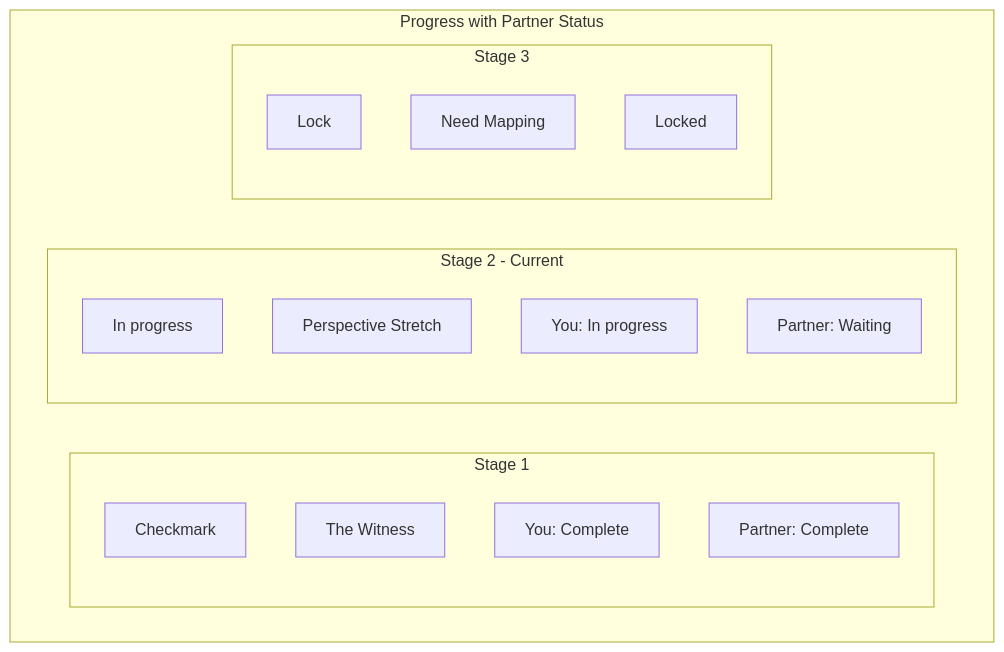
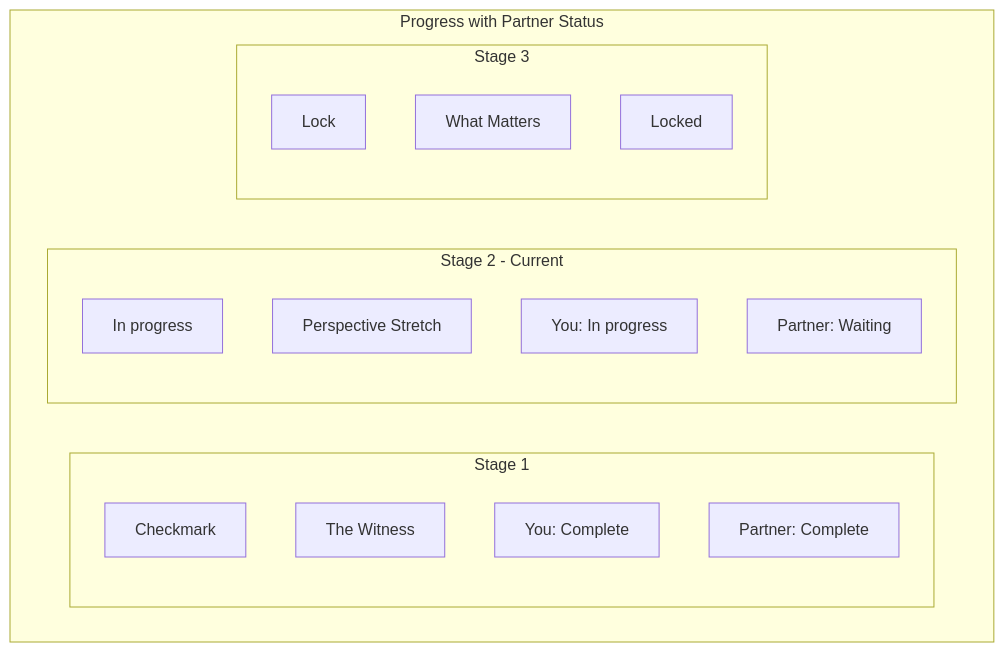
One commit to shantamg/meet-without-fear changed the second of 14 diagrams in docs/mobile/wireframes/stage-controls.md. Above: the diagram before and after it, drawn with Mermaid. The commit also changed other lines of this file and 21 other files, not shown here.

First line of the commit message:
docs: align stage docs with Darryl's authoritative gold flow

````diff
--- a/docs/mobile/wireframes/stage-controls.md
+++ b/docs/mobile/wireframes/stage-controls.md
@@ -38,24 +38,24 @@
 ```mermaid
 flowchart TB
     subgraph DetailedProgress[Progress with Partner Status]
         subgraph Stage1Box[Stage 1]
             S1Icon[Checkmark]
             S1Label[The Witness]
             S1You[You: Complete]
             S1Partner[Partner: Complete]
         end
 
         subgraph Stage2Box[Stage 2 - Current]
             S2Icon[In progress]
             S2Label[Perspective Stretch]
             S2You[You: In progress]
             S2Partner[Partner: Waiting]
         end
 
         subgraph Stage3Box[Stage 3]
             S3Icon[Lock]
-            S3Label[Need Mapping]
+            S3Label[What Matters]
             S3Status[Locked]
         end
     end
 ```
````
